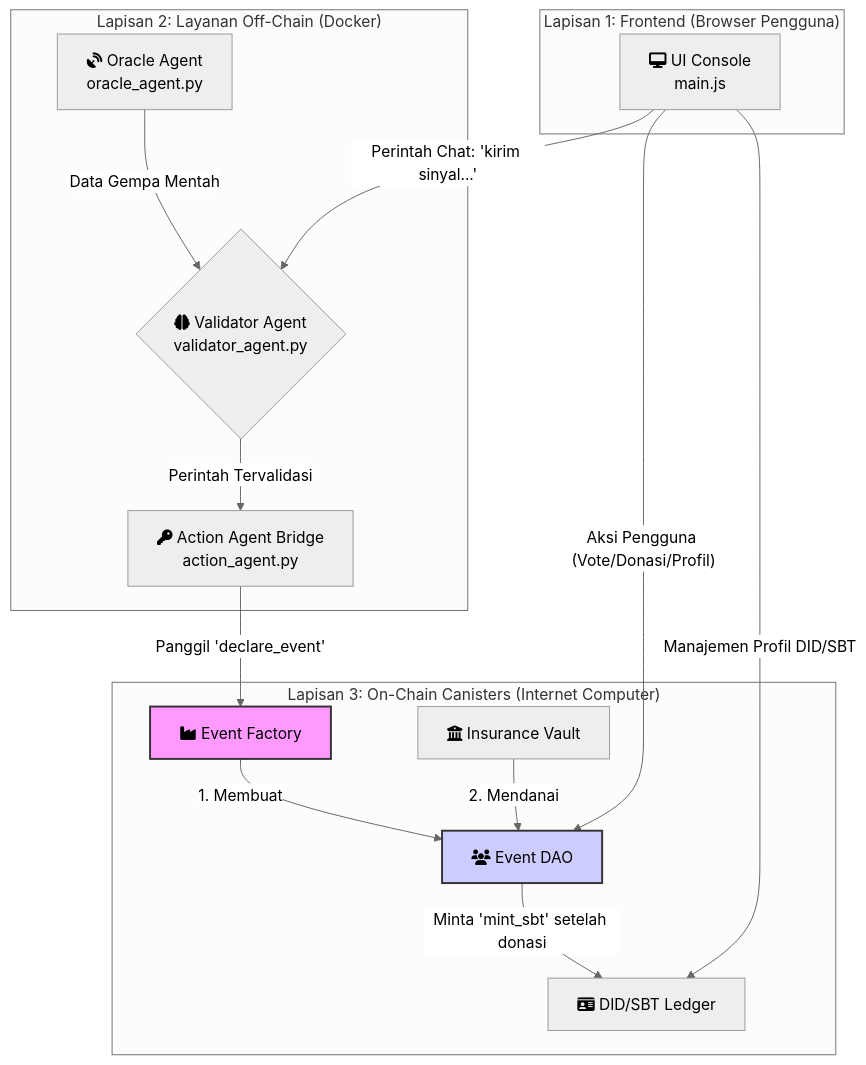
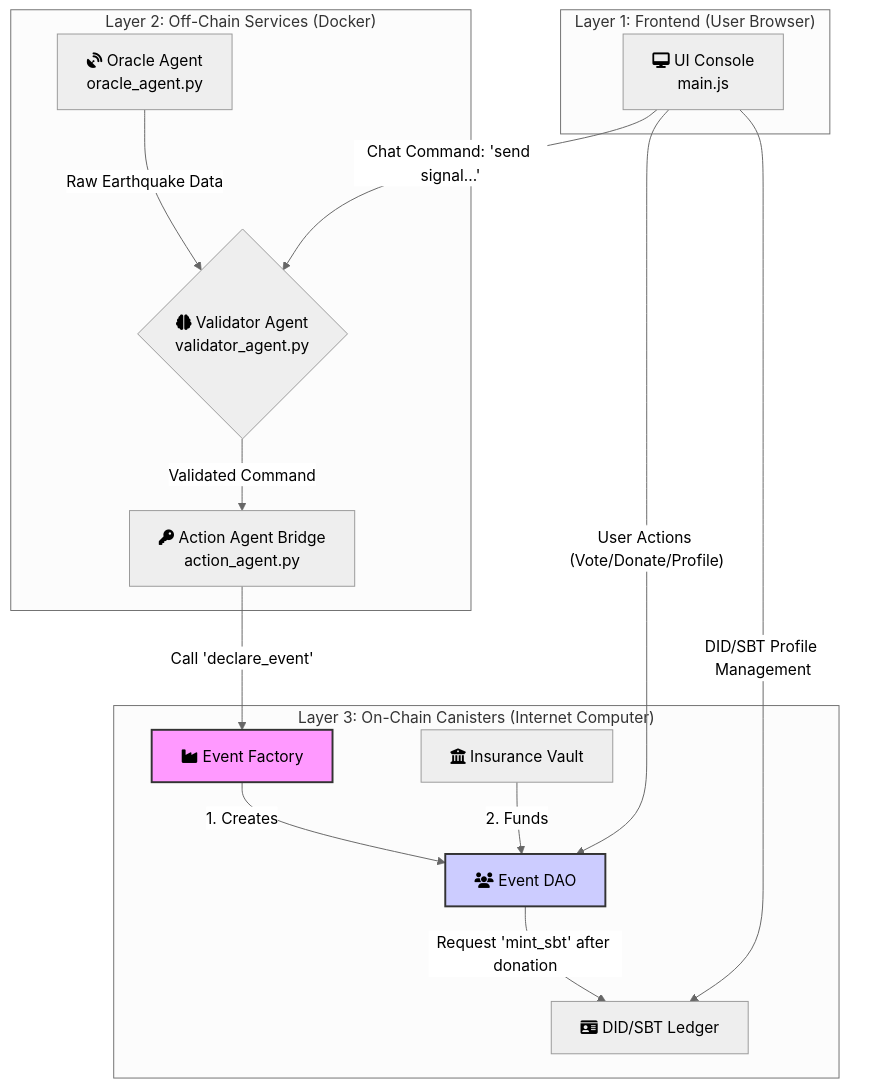
Before and after one commit to ntfound-dev/AEGIS-Protocol: the diagram in docs/diagram.mermaid, drawn with Mermaid (neutral theme). The commit also changed 7 other files, not shown here.

```diff
--- a/docs/diagram.mermaid
+++ b/docs/diagram.mermaid
@@ -1,24 +1,24 @@
 graph TD
-    subgraph "Lapisan 1: Frontend (Browser Pengguna)"
+    subgraph "Layer 1: Frontend (User Browser)"
         A[<i class='fas fa-desktop'></i> UI Console <br> main.js]
     end
 
-    subgraph "Lapisan 2: Layanan Off-Chain (Docker)"
-        B[<i class='fas fa-satellite-dish'></i> Oracle Agent <br> oracle_agent.py] -- Data Gempa Mentah --> C{<i class='fas fa-brain'></i> Validator Agent <br> validator_agent.py}
-        C -- Perintah Tervalidasi --> D[<i class='fas fa-key'></i> Action Agent Bridge <br> action_agent.py]
+    subgraph "Layer 2: Off-Chain Services (Docker)"
+        B[<i class='fas fa-satellite-dish'></i> Oracle Agent <br> oracle_agent.py] -- Raw Earthquake Data --> C{<i class='fas fa-brain'></i> Validator Agent <br> validator_agent.py}
+        C -- Validated Command --> D[<i class='fas fa-key'></i> Action Agent Bridge <br> action_agent.py]
     end
 
-    subgraph "Lapisan 3: On-Chain Canisters (Internet Computer)"
+    subgraph "Layer 3: On-Chain Canisters (Internet Computer)"
         style E fill:#f9f,stroke:#333,stroke-width:2px
         style G fill:#ccf,stroke:#333,stroke-width:2px
-        E[<i class='fa fa-industry'></i> Event Factory] -- "1. Membuat" --> G[<i class='fa fa-users'></i> Event DAO]
-        H[<i class='fa fa-university'></i> Insurance Vault] -- "2. Mendanai" --> G
+        E[<i class='fa fa-industry'></i> Event Factory] -- "1. Creates" --> G[<i class='fa fa-users'></i> Event DAO]
+        H[<i class='fa fa-university'></i> Insurance Vault] -- "2. Funds" --> G
         I[<i class='fa fa-id-card'></i> DID/SBT Ledger]
     end
 
-    %% Alur Interaksi
-    A -- "Perintah Chat: 'kirim sinyal...'" --> C
-    A -- "Aksi Pengguna (Vote/Donasi/Profil)" --> G
-    A -- "Manajemen Profil DID/SBT" --> I
-    D -- "Panggil 'declare_event'" --> E
-    G -- "Minta 'mint_sbt' setelah donasi" --> I
+    %% Interaction Flow
+    A -- "Chat Command: 'send signal...'" --> C
+    A -- "User Actions (Vote/Donate/Profile)" --> G
+    A -- "DID/SBT Profile Management" --> I
+    D -- "Call 'declare_event'" --> E
+    G -- "Request 'mint_sbt' after donation" --> I
```
